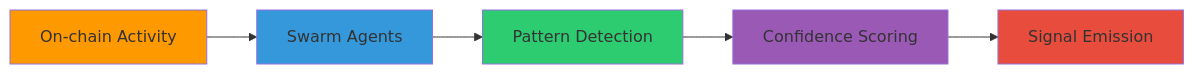
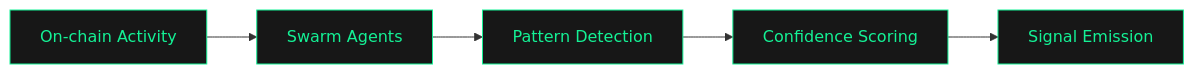
The diagram in README.md (EremosCore/Eremos), drawn with Mermaid before and after one commit. The commit also changed other lines of this file, not shown here.

````diff
--- a/README.md
+++ b/README.md
@@ -121,12 +121,12 @@
   ```mermaid
   graph LR
     A[On-chain Activity] --> B[Swarm Agents]
     B --> C[Pattern Detection]
     C --> D[Confidence Scoring]
     D --> E[Signal Emission]
-    style A fill:#ff9900
-    style B fill:#3498db
-    style C fill:#2ecc71
-    style D fill:#9b59b6
-    style E fill:#e74c3c
+    style A fill:#171717,stroke:#14F195,color:#14F195
+    style B fill:#171717,stroke:#14F195,color:#14F195
+    style C fill:#171717,stroke:#14F195,color:#14F195
+    style D fill:#171717,stroke:#14F195,color:#14F195
+    style E fill:#171717,stroke:#14F195,color:#14F195
   ```
````
